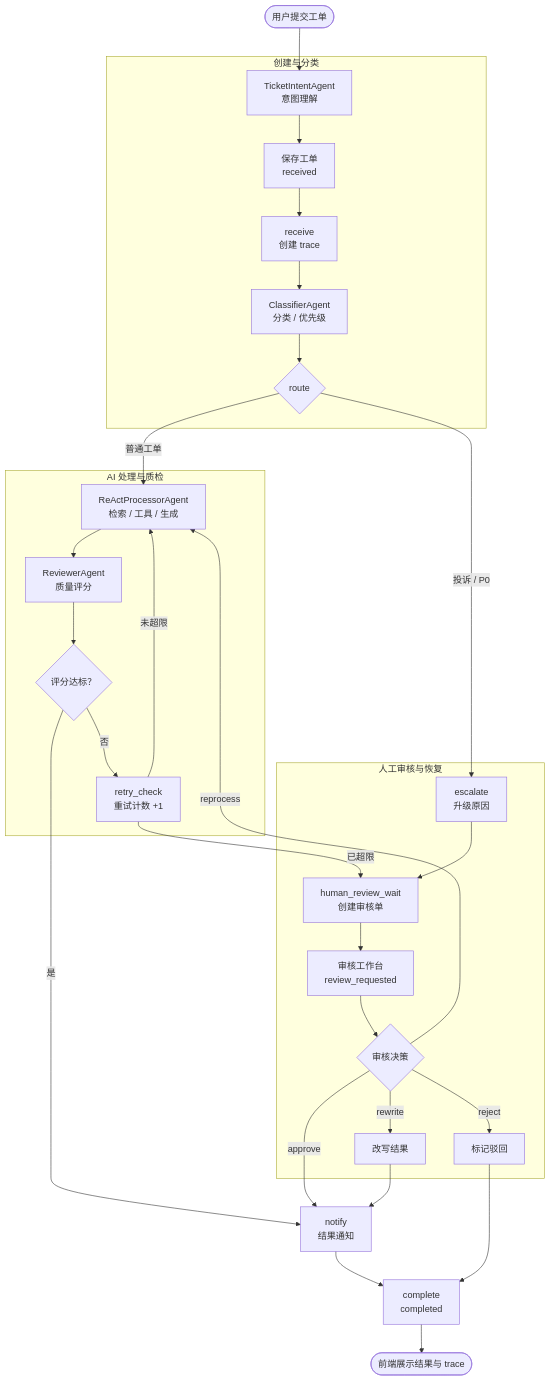
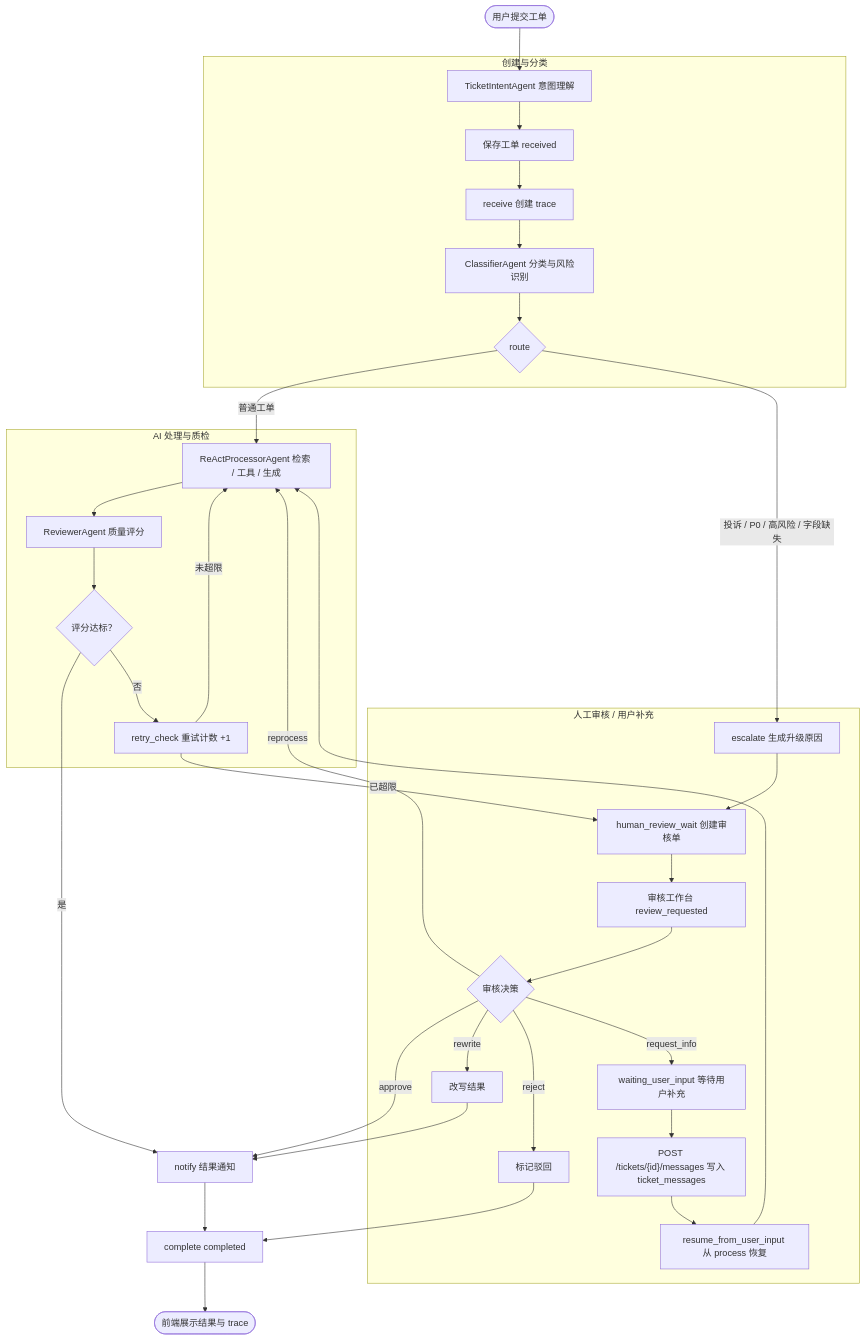
Before and after one commit to ArtLjn/AgentDesk: the diagram in docs/design-spec/00_预设计/02_系统功能与总体架构.md, drawn with Mermaid. The commit also changed other lines of this file and 52 other files, not shown here.

````diff
--- a/docs/design-spec/00_预设计/02_系统功能与总体架构.md
+++ b/docs/design-spec/00_预设计/02_系统功能与总体架构.md
@@ -52,48 +64,52 @@
 ```mermaid
 flowchart TB
     Start([用户提交工单])
 
     subgraph S1[创建与分类]
-        Intent["TicketIntentAgent<br/>意图理解"]
-        Save["保存工单<br/>received"]
-        Receive["receive<br/>创建 trace"]
-        Classify["ClassifierAgent<br/>分类 / 优先级"]
+        Intent["TicketIntentAgent 意图理解"]
+        Save["保存工单 received"]
+        Receive["receive 创建 trace"]
+        Classify["ClassifierAgent 分类与风险识别"]
         Route{"route"}
     end
 
     subgraph S2[AI 处理与质检]
-        Process["ReActProcessorAgent<br/>检索 / 工具 / 生成"]
-        Review["ReviewerAgent<br/>质量评分"]
+        Process["ReActProcessorAgent 检索 / 工具 / 生成"]
+        Review["ReviewerAgent 质量评分"]
         Gate{"评分达标？"}
-        Retry["retry_check<br/>重试计数 +1"]
+        Retry["retry_check 重试计数 +1"]
     end
 
-    subgraph S3[人工审核与恢复]
-        Escalate["escalate<br/>升级原因"]
-        Human["human_review_wait<br/>创建审核单"]
-        Queue["审核工作台<br/>review_requested"]
+    subgraph S3[人工审核 / 用户补充]
+        Escalate["escalate 生成升级原因"]
+        Human["human_review_wait 创建审核单"]
+        Queue["审核工作台 review_requested"]
         Decision{"审核决策"}
         Rewrite["改写结果"]
         Reject["标记驳回"]
+        WaitUser["waiting_user_input 等待用户补充"]
+        AddMsg["POST /tickets/{id}/messages 写入 ticket_messages"]
+        Resume["resume_from_user_input 从 process 恢复"]
     end
 
-    Notify["notify<br/>结果通知"]
-    Complete["complete<br/>completed"]
+    Notify["notify 结果通知"]
+    Complete["complete completed"]
     End([前端展示结果与 trace])
 
     Start --> Intent --> Save --> Receive --> Classify --> Route
     Route -->|普通工单| Process
-    Route -->|投诉 / P0| Escalate
+    Route -->|投诉 / P0 / 高风险 / 字段缺失| Escalate
     Process --> Review --> Gate
     Gate -->|是| Notify
     Gate -->|否| Retry
     Retry -->|未超限| Process
     Retry -->|已超限| Human
     Escalate --> Human
     Human --> Queue --> Decision
     Decision -->|approve| Notify
     Decision -->|rewrite| Rewrite --> Notify
     Decision -->|reprocess| Process
     Decision -->|reject| Reject --> Complete
+    Decision -->|request_info| WaitUser --> AddMsg --> Resume --> Process
     Notify --> Complete --> End
 ```
````
